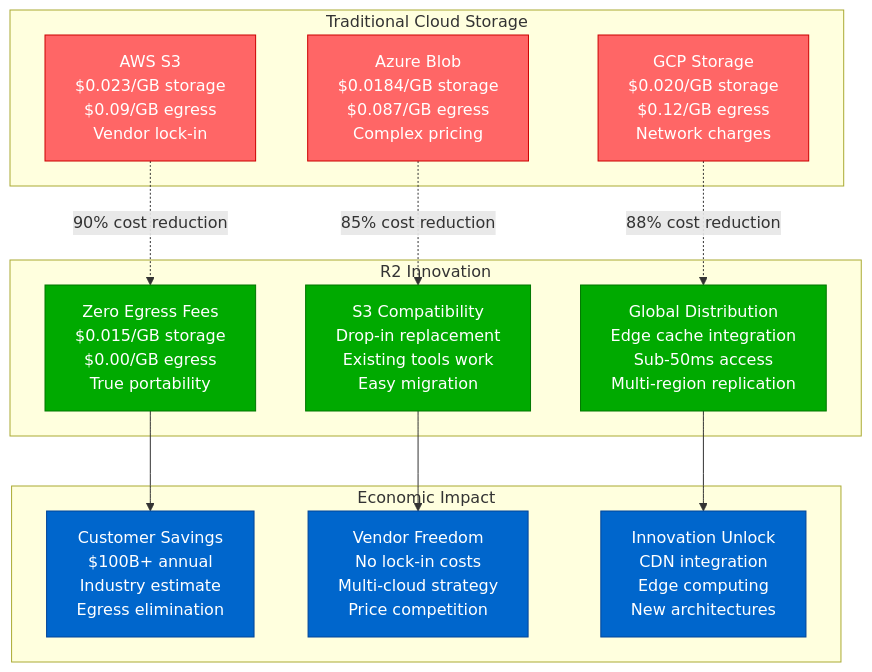
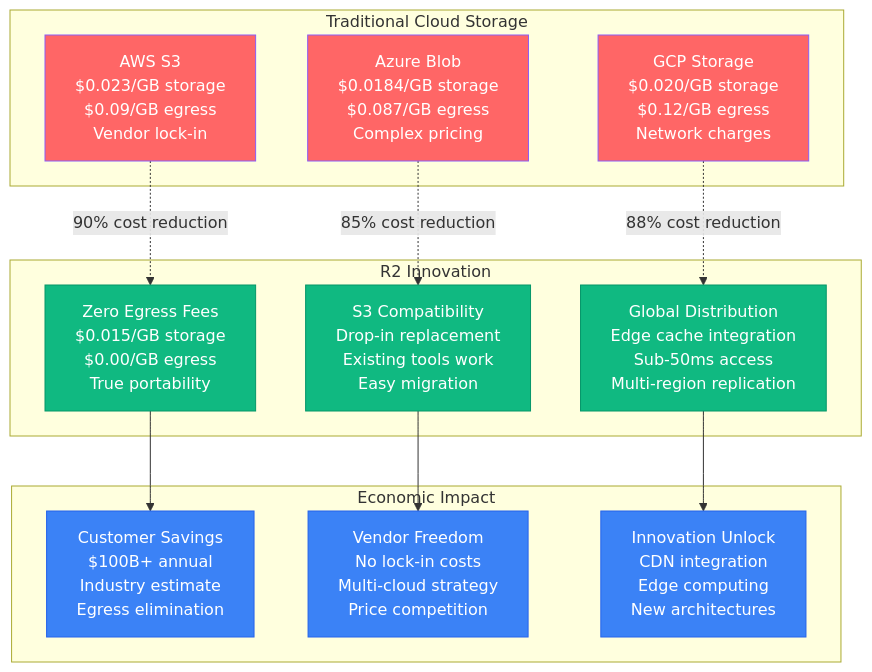
One commit to deepaucksharma/DS changed the fifth of 8 diagrams in site/docs/systems/cloudflare/novel-solutions.md. Above: the diagram before and after it, drawn with Mermaid. The commit also changed other lines of this file and 303 other files, not shown here.

````diff
--- a/site/docs/systems/cloudflare/novel-solutions.md
+++ b/site/docs/systems/cloudflare/novel-solutions.md
@@ -240,38 +240,38 @@
 ```mermaid
 graph TB
     subgraph "Traditional Cloud Storage"
         AWS_S3[AWS S3<br/>$0.023/GB storage<br/>$0.09/GB egress<br/>Vendor lock-in]
         AZURE_BLOB[Azure Blob<br/>$0.0184/GB storage<br/>$0.087/GB egress<br/>Complex pricing]
         GCP_STORAGE[GCP Storage<br/>$0.020/GB storage<br/>$0.12/GB egress<br/>Network charges]
     end
 
     subgraph "R2 Innovation"
         ZERO_EGRESS[Zero Egress Fees<br/>$0.015/GB storage<br/>$0.00/GB egress<br/>True portability]
         S3_COMPAT[S3 Compatibility<br/>Drop-in replacement<br/>Existing tools work<br/>Easy migration]
         GLOBAL_DIST[Global Distribution<br/>Edge cache integration<br/>Sub-50ms access<br/>Multi-region replication]
     end
 
     %% Cost comparison
     AWS_S3 -.->|90% cost reduction| ZERO_EGRESS
     AZURE_BLOB -.->|85% cost reduction| S3_COMPAT
     GCP_STORAGE -.->|88% cost reduction| GLOBAL_DIST
 
     subgraph "Economic Impact"
         CUSTOMER_SAVINGS[Customer Savings<br/>$100B+ annual<br/>Industry estimate<br/>Egress elimination]
         VENDOR_FREEDOM[Vendor Freedom<br/>No lock-in costs<br/>Multi-cloud strategy<br/>Price competition]
         INNOVATION_UNLOCK[Innovation Unlock<br/>CDN integration<br/>Edge computing<br/>New architectures]
     end
 
     ZERO_EGRESS --> CUSTOMER_SAVINGS
     S3_COMPAT --> VENDOR_FREEDOM
     GLOBAL_DIST --> INNOVATION_UNLOCK
 
     %% Apply economic colors
-    classDef expensiveStyle fill:#FF6666,stroke:#CC0000,color:#fff
-    classDef innovativeStyle fill:#00AA00,stroke:#007700,color:#fff
-    classDef impactStyle fill:#0066CC,stroke:#004499,color:#fff
+    classDef expensiveStyle fill:#FF6666,stroke:#8B5CF6,color:#fff
+    classDef innovativeStyle fill:#10B981,stroke:#059669,color:#fff
+    classDef impactStyle fill:#3B82F6,stroke:#2563EB,color:#fff
 
     class AWS_S3,AZURE_BLOB,GCP_STORAGE expensiveStyle
     class ZERO_EGRESS,S3_COMPAT,GLOBAL_DIST innovativeStyle
     class CUSTOMER_SAVINGS,VENDOR_FREEDOM,INNOVATION_UNLOCK impactStyle
 ```
````
